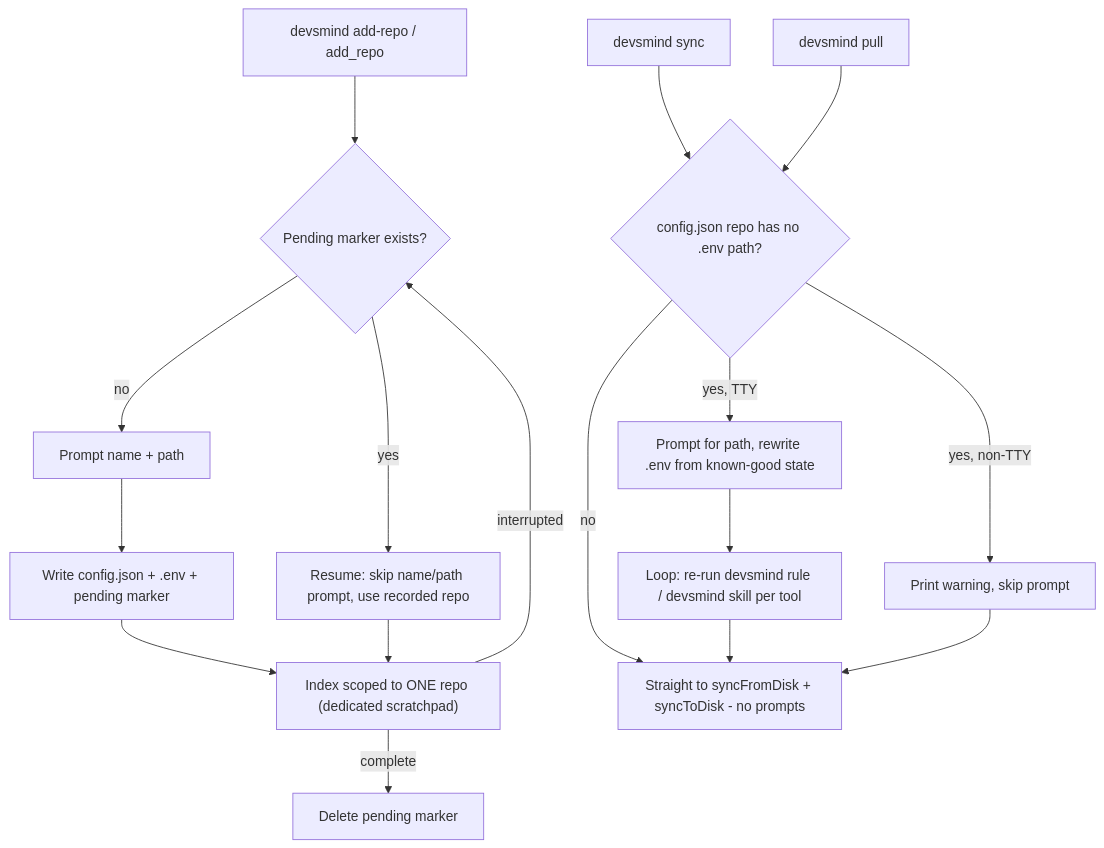
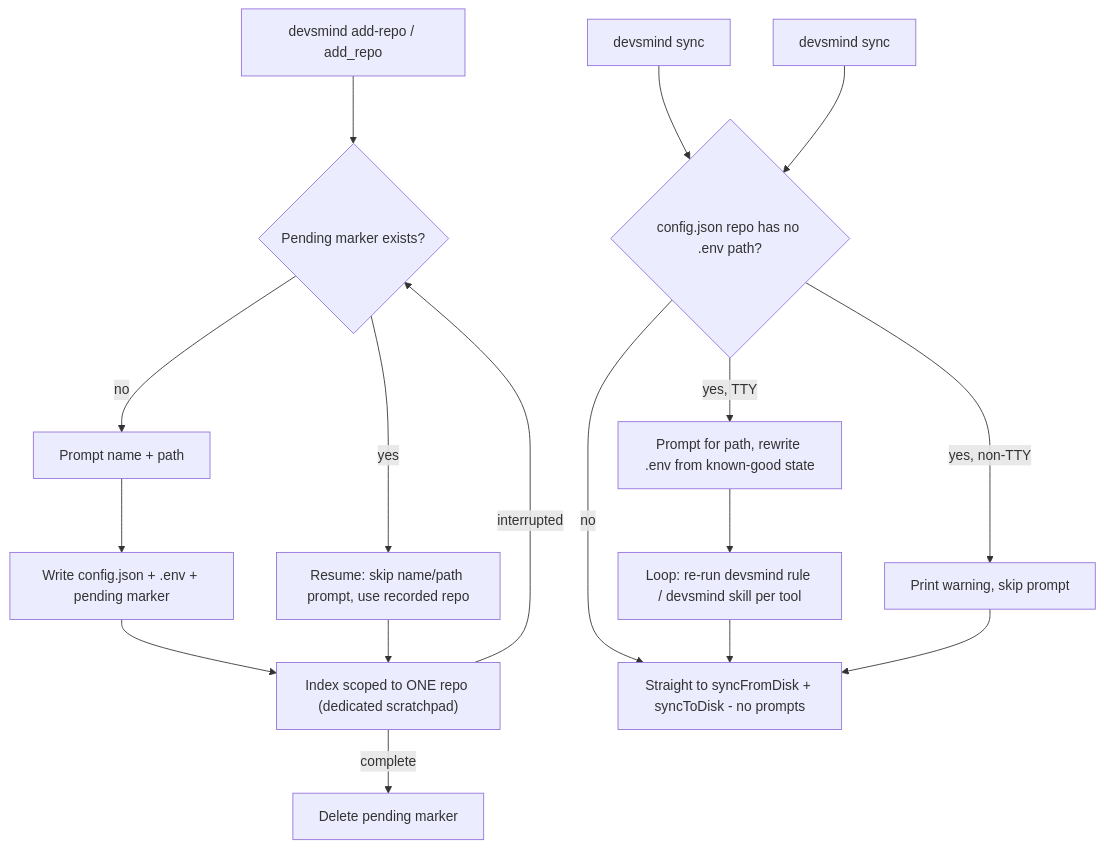
Diagram 19 of 19 in FUNCTIONALITY_MAP.md (Abialidr/devsmind-mcp), drawn with Mermaid before and after one commit. The commit also changed other lines of this file and 19 other files, not shown here.

````diff
--- a/FUNCTIONALITY_MAP.md
+++ b/FUNCTIONALITY_MAP.md
@@ -870,19 +887,19 @@
 ```mermaid
 flowchart TD
   AR[devsmind add-repo / add_repo] --> PEND{Pending marker exists?}
   PEND -->|yes| RESUME[Resume: skip name/path prompt, use recorded repo]
   PEND -->|no| ASK[Prompt name + path] --> WRITE[Write config.json + .env + pending marker]
   WRITE --> IDX["Index scoped to ONE repo (dedicated scratchpad)"]
   RESUME --> IDX
   IDX -->|complete| DONE[Delete pending marker]
   IDX -->|interrupted| PEND
 
   SYNC[devsmind sync] --> CHECK{config.json repo has no .env path?}
-  PULL[devsmind pull] --> CHECK
+  PULL[devsmind sync] --> CHECK
   CHECK -->|no| FAST[Straight to syncFromDisk + syncToDisk - no prompts]
   CHECK -->|yes, TTY| FIX[Prompt for path, rewrite .env from known-good state]
   CHECK -->|yes, non-TTY| WARN[Print warning, skip prompt]
   FIX --> REFRESH["Loop: re-run devsmind rule / devsmind skill per tool"]
   REFRESH --> FAST
   WARN --> FAST
 ```
````
